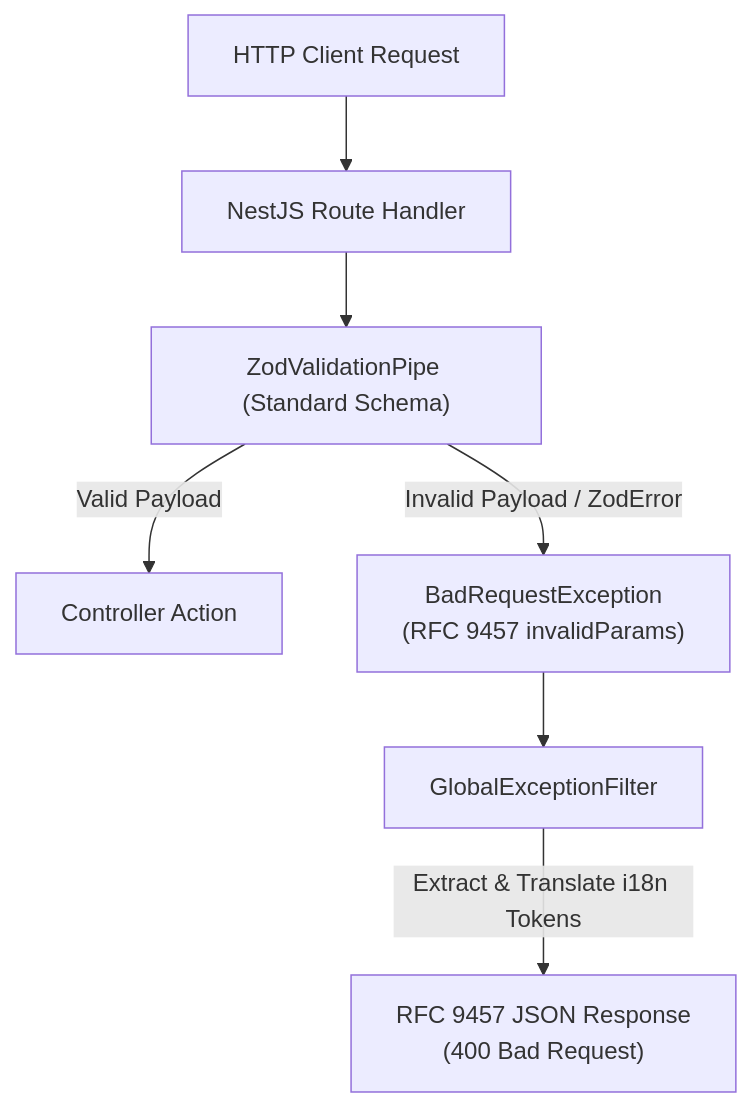
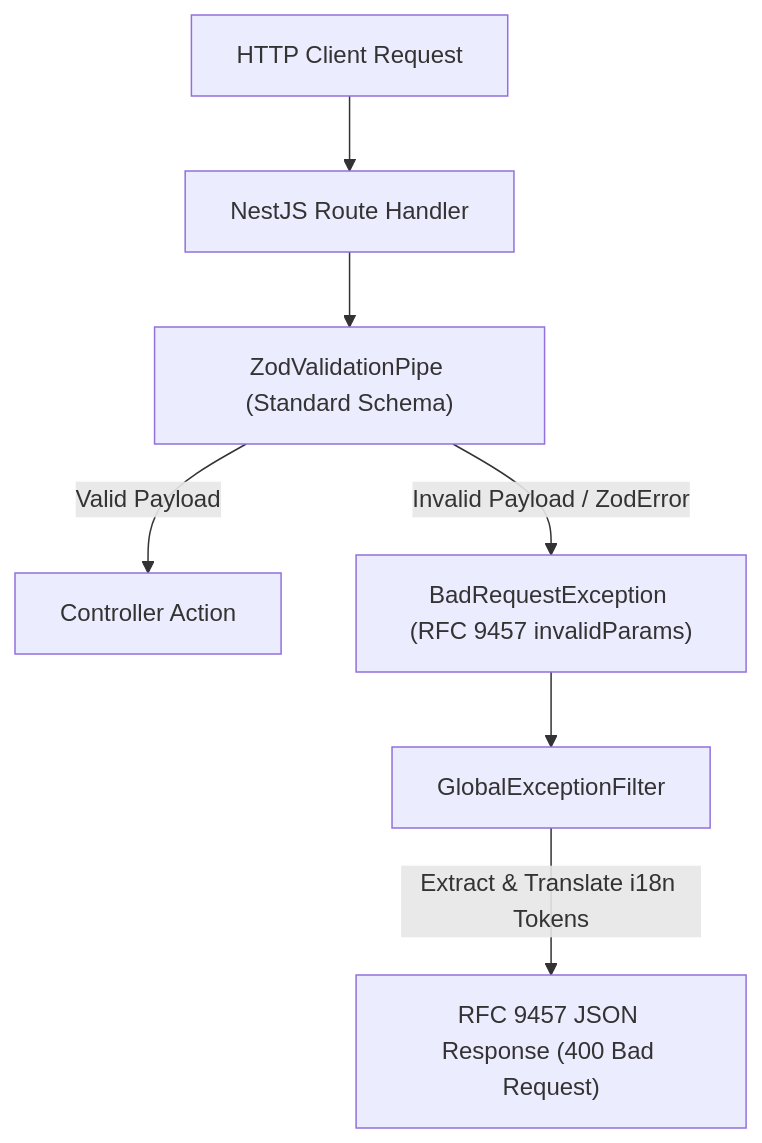
Before and after one commit to ngxccc/ticket-booking: the first of 2 diagrams in docs/design/zod-dto-validation.md, drawn with Mermaid. The commit also changed 1 other file, not shown here.

Commit message:
fix(docs): escape special characters in mermaid flowchart edge labels

````diff
--- a/docs/design/zod-dto-validation.md
+++ b/docs/design/zod-dto-validation.md
@@ -29,9 +29,9 @@
 ```mermaid
 flowchart TD
     Client["HTTP Client Request"] --> Route["NestJS Route Handler"]
     Route --> Pipe["ZodValidationPipe (Standard Schema)"]
-    Pipe -->|Valid Payload| Controller["Controller Action"]
-    Pipe -->|Invalid Payload / ZodError| BadRequest["BadRequestException<br/>(RFC 9457 invalidParams)"]
+    Pipe -->|"Valid Payload"| Controller["Controller Action"]
+    Pipe -->|"Invalid Payload / ZodError"| BadRequest["BadRequestException (RFC 9457 invalidParams)"]
     BadRequest --> Filter["GlobalExceptionFilter"]
-    Filter -->|Extract & Translate i18n Tokens| Response["RFC 9457 JSON Response<br/>(400 Bad Request)"]
+    Filter -->|"Extract & Translate i18n Tokens"| Response["RFC 9457 JSON Response (400 Bad Request)"]
 ```
````
